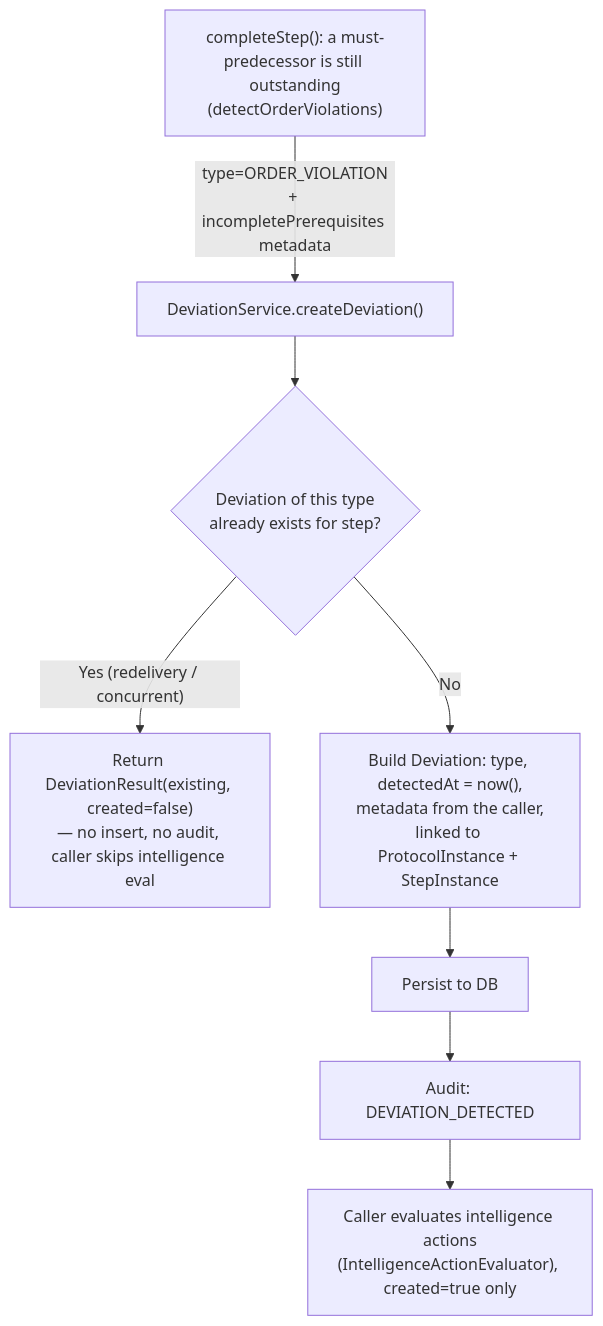
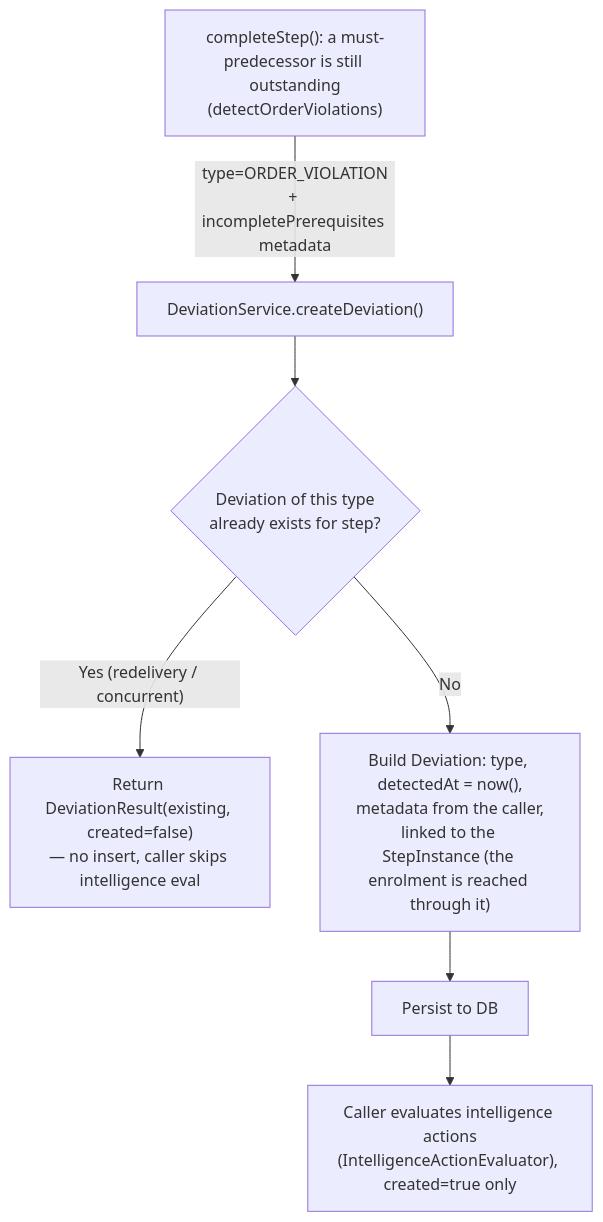
Before and after one commit to Jayaprakash8887/cce-matcher-service: the fifth of 11 diagrams in docs/flow-diagrams.md, drawn with Mermaid. The commit also changed other lines of this file and 28 other files, not shown here.

````diff
--- a/docs/flow-diagrams.md
+++ b/docs/flow-diagrams.md
@@ -290,13 +288,12 @@
 ```mermaid
 flowchart TD
     T2["completeStep(): a must-predecessor is still outstanding<br/>(detectOrderViolations)"]
     T2 -->|"type=ORDER_VIOLATION<br/>+ incompletePrerequisites metadata"| RD
 
     RD["DeviationService.createDeviation()"]
     RD --> DX{"Deviation of this type<br/>already exists for step?"}
-    DX -->|"Yes (redelivery / concurrent)"| DXR["Return DeviationResult(existing, created=false)<br/>— no insert, no audit, caller skips intelligence eval"]
-    DX -->|"No"| D1["Build Deviation: type, detectedAt = now(),<br/>metadata from the caller,<br/>linked to ProtocolInstance + StepInstance"]
+    DX -->|"Yes (redelivery / concurrent)"| DXR["Return DeviationResult(existing, created=false)<br/>— no insert, caller skips intelligence eval"]
+    DX -->|"No"| D1["Build Deviation: type, detectedAt = now(),<br/>metadata from the caller,<br/>linked to the StepInstance (the enrolment is reached through it)"]
     D1 --> D6["Persist to DB"]
-    D6 --> D7["Audit: DEVIATION_DETECTED"]
-    D7 --> D8["Caller evaluates intelligence actions<br/>(IntelligenceActionEvaluator), created=true only"]
+    D6 --> D8["Caller evaluates intelligence actions<br/>(IntelligenceActionEvaluator), created=true only"]
 ```
````
